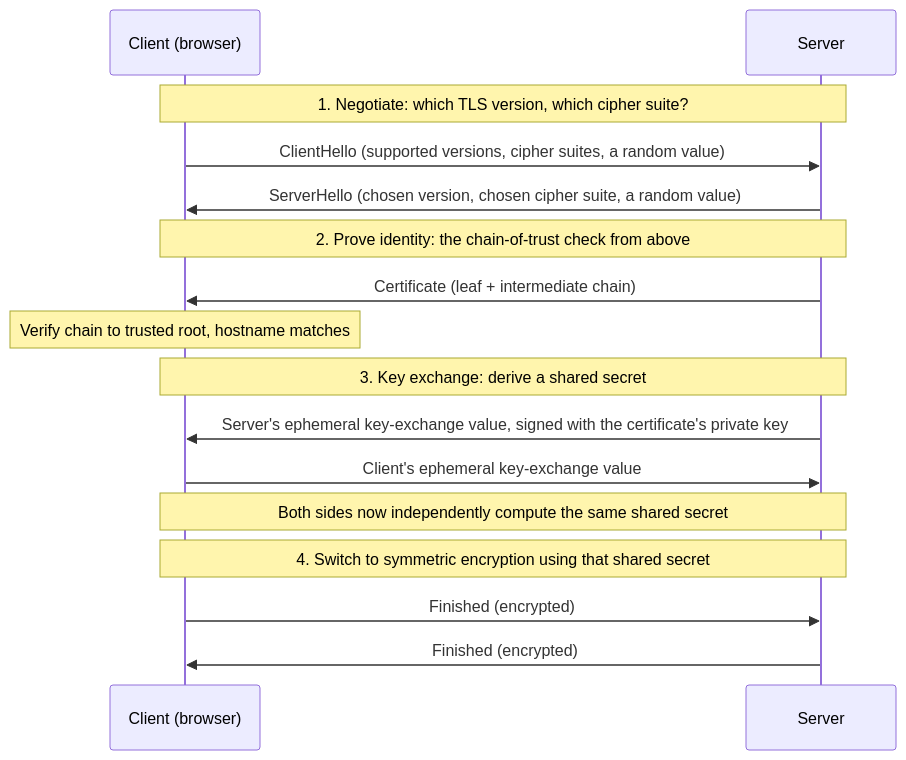
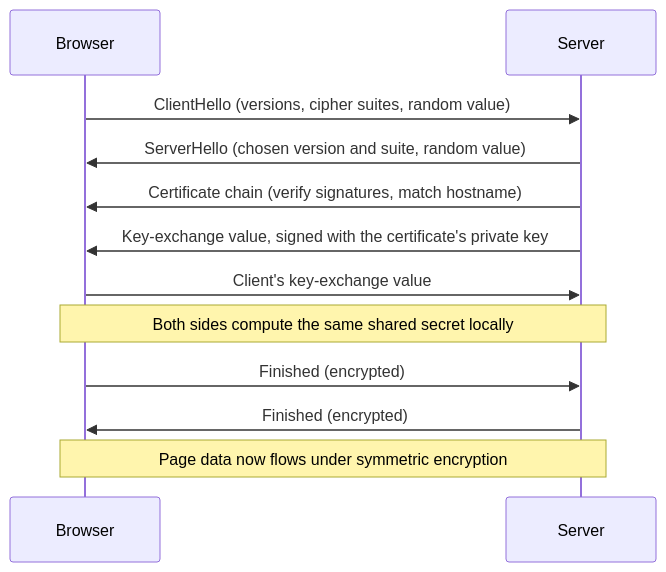
The second of 2 diagrams in src/content/security/tls-https/L2-concept.mdx (francoandreDev/knowledge), drawn with Mermaid before and after one commit. The commit also changed other lines of this file and 3 other files, not shown here.

````diff
--- a/src/content/security/tls-https/L2-concept.mdx
+++ b/src/content/security/tls-https/L2-concept.mdx
@@ -122,18 +110,14 @@
 ```mermaid
 sequenceDiagram
-    participant C as Client (browser)
+    participant C as Browser
     participant S as Server
-    Note over C,S: 1. Negotiate: which TLS version, which cipher suite?
-    C->>S: ClientHello (supported versions, cipher suites, a random value)
-    S->>C: ServerHello (chosen version, chosen cipher suite, a random value)
-    Note over C,S: 2. Prove identity: the chain-of-trust check from above
-    S->>C: Certificate (leaf + intermediate chain)
-    Note over C: Verify chain to trusted root, hostname matches
-    Note over C,S: 3. Key exchange: derive a shared secret
-    S->>C: Server's ephemeral key-exchange value, signed with the certificate's private key
-    C->>S: Client's ephemeral key-exchange value
-    Note over C,S: Both sides now independently compute the same shared secret
-    Note over C,S: 4. Switch to symmetric encryption using that shared secret
+    C->>S: ClientHello (versions, cipher suites, random value)
+    S->>C: ServerHello (chosen version and suite, random value)
+    S->>C: Certificate chain (verify signatures, match hostname)
+    S->>C: Key-exchange value, signed with the certificate's private key
+    C->>S: Client's key-exchange value
+    Note over C,S: Both sides compute the same shared secret locally
     C->>S: Finished (encrypted)
     S->>C: Finished (encrypted)
+    Note over C,S: Page data now flows under symmetric encryption
 ```
````
